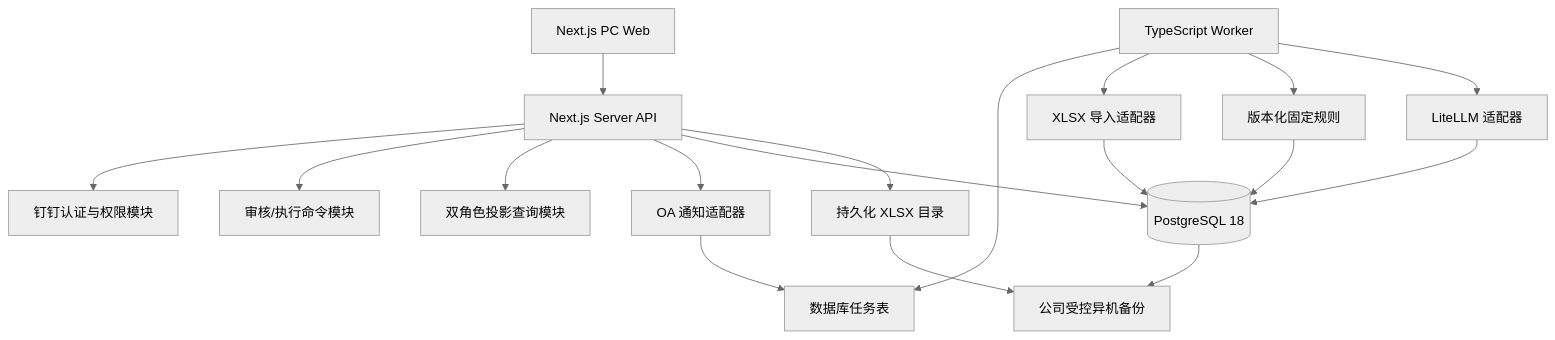
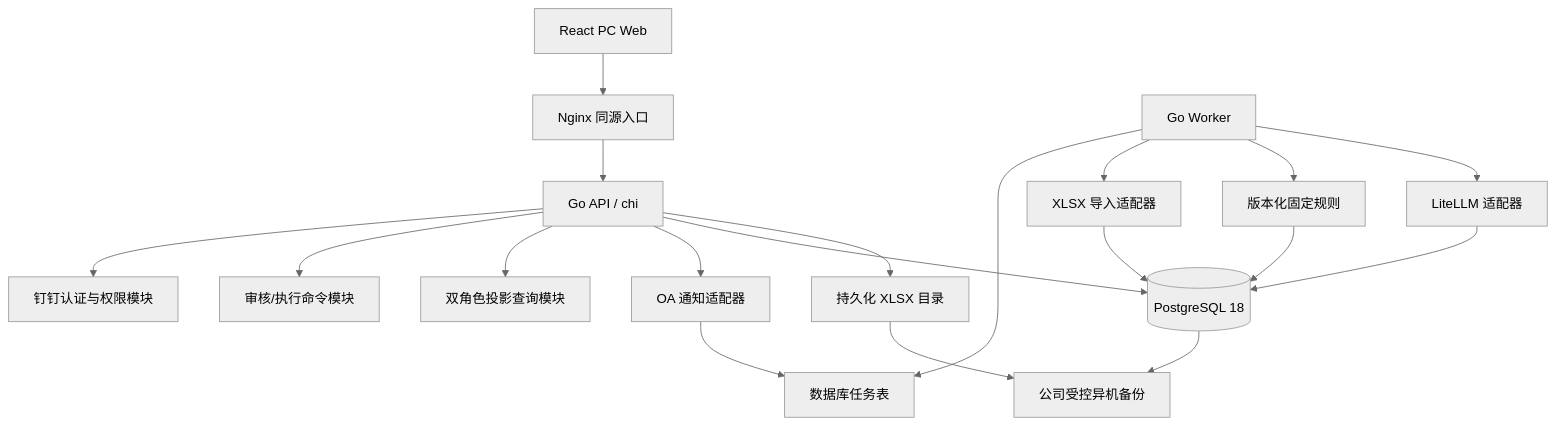
One commit to johnsonsmilequran/profit-decision-engine changed the first of 2 diagrams in 趣然AI商品经营利润决策助手/output/技术方案.md. Above: the diagram before and after it, drawn with Mermaid (neutral theme). The commit also changed other lines of this file and 9 other files, not shown here.

````diff
--- a/趣然AI商品经营利润决策助手/output/技术方案.md
+++ b/趣然AI商品经营利润决策助手/output/技术方案.md
@@ -86,20 +86,21 @@
 ```mermaid
 flowchart TB
-    WEB["Next.js PC Web"] --> API["Next.js Server API"]
+    WEB["React PC Web"] --> NGINX["Nginx 同源入口"]
+    NGINX --> API["Go API / chi"]
     API --> AUTH["钉钉认证与权限模块"]
     API --> CMD["审核/执行命令模块"]
     API --> QUERY["双角色投影查询模块"]
     API --> OA["OA 通知适配器"]
     API --> DB[("PostgreSQL 18")]
     API --> FILE["持久化 XLSX 目录"]
-    WORKER["TypeScript Worker"] --> JOB["数据库任务表"]
+    WORKER["Go Worker"] --> JOB["数据库任务表"]
     WORKER --> IMPORT["XLSX 导入适配器"]
     WORKER --> RULE["版本化固定规则"]
     WORKER --> LLM["LiteLLM 适配器"]
     IMPORT --> DB
     RULE --> DB
     LLM --> DB
     OA --> JOB
     DB --> BACKUP["公司受控异机备份"]
     FILE --> BACKUP
 ```
````
